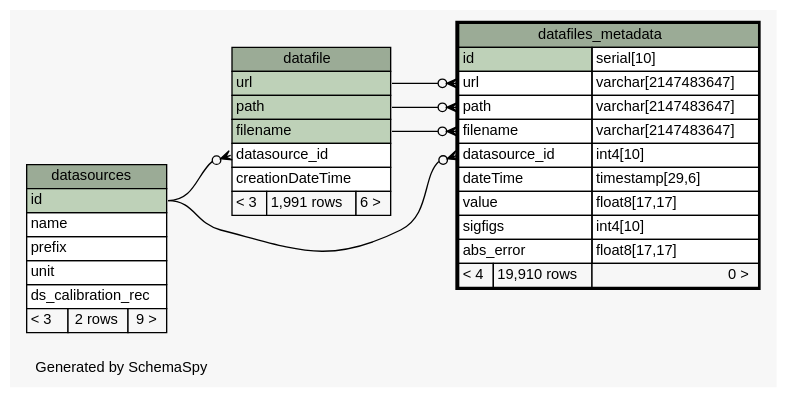
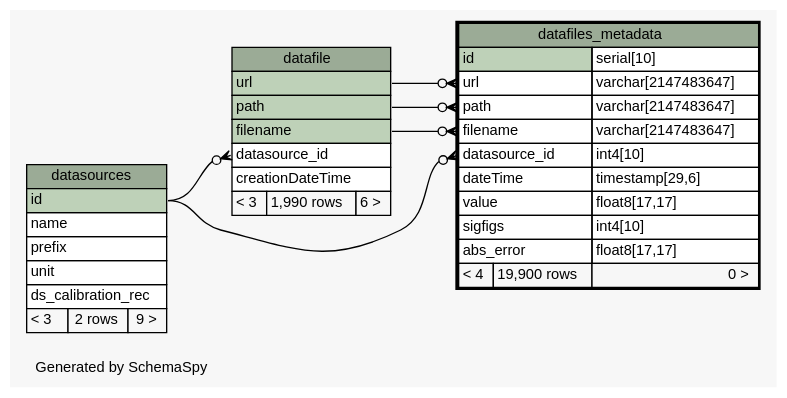
Before and after one commit to tgbugs/mlab: the diagram in database/ss/diagrams/datafiles_metadata.1degree.dot, drawn with Graphviz. The commit also changed 281 other files, not shown here.

```diff
--- a/database/ss/diagrams/datafiles_metadata.1degree.dot
+++ b/database/ss/diagrams/datafiles_metadata.1degree.dot
@@ -1,73 +1,73 @@
-// dot 2.34.0 on Windows 7 6.1
+// dot 2.32.0 on Windows 7 6.1
 // SchemaSpy rev 590
 digraph "oneDegreeRelationshipsDiagram" {
   graph [
     rankdir="RL"
     bgcolor="#f7f7f7"
     label="\nGenerated by SchemaSpy"
     labeljust="l"
     nodesep="0.18"
     ranksep="0.46"
     fontname="Helvetica"
     fontsize="11"
   ];
   node [
     fontname="Helvetica"
     fontsize="11"
     shape="plaintext"
   ];
   edge [
     arrowsize="0.8"
   ];
   "datafile":"datasource_id":w -> "datasources":"id":e [arrowhead=none dir=back arrowtail=crowodot];
   "datafiles_metadata":"datasource_id":w -> "datasources":"id":e [arrowhead=none dir=back arrowtail=crowodot];
   "datafiles_metadata":"filename":w -> "datafile":"filename":e [arrowhead=none dir=back arrowtail=crowodot];
   "datafiles_metadata":"path":w -> "datafile":"path":e [arrowhead=none dir=back arrowtail=crowodot];
   "datafiles_metadata":"url":w -> "datafile":"url":e [arrowhead=none dir=back arrowtail=crowodot];
   "datafile" [
     label=<
     <TABLE BORDER="0" CELLBORDER="1" CELLSPACING="0" BGCOLOR="#ffffff">
       <TR><TD COLSPAN="3" BGCOLOR="#9bab96" ALIGN="CENTER">datafile</TD></TR>
       <TR><TD PORT="url" COLSPAN="3" BGCOLOR="#bed1b8" ALIGN="LEFT">url</TD></TR>
       <TR><TD PORT="path" COLSPAN="3" BGCOLOR="#bed1b8" ALIGN="LEFT">path</TD></TR>
       <TR><TD PORT="filename" COLSPAN="3" BGCOLOR="#bed1b8" ALIGN="LEFT">filename</TD></TR>
       <TR><TD PORT="datasource_id" COLSPAN="3" ALIGN="LEFT">datasource_id</TD></TR>
       <TR><TD PORT="creationDateTime" COLSPAN="3" ALIGN="LEFT">creationDateTime</TD></TR>
-      <TR><TD ALIGN="LEFT" BGCOLOR="#f7f7f7">&lt; 3</TD><TD ALIGN="RIGHT" BGCOLOR="#f7f7f7">1,991 rows</TD><TD ALIGN="RIGHT" BGCOLOR="#f7f7f7">6 &gt;</TD></TR>
+      <TR><TD ALIGN="LEFT" BGCOLOR="#f7f7f7">&lt; 3</TD><TD ALIGN="RIGHT" BGCOLOR="#f7f7f7">1,990 rows</TD><TD ALIGN="RIGHT" BGCOLOR="#f7f7f7">6 &gt;</TD></TR>
     </TABLE>>
     URL="datafile.html"
     tooltip="datafile"
   ];
   "datafiles_metadata" [
     label=<
     <TABLE BORDER="2" CELLBORDER="1" CELLSPACING="0" BGCOLOR="#ffffff">
       <TR><TD COLSPAN="3" BGCOLOR="#9bab96" ALIGN="CENTER">datafiles_metadata</TD></TR>
       <TR><TD PORT="id" COLSPAN="2" BGCOLOR="#bed1b8" ALIGN="LEFT">id</TD><TD PORT="id.type" ALIGN="LEFT">serial[10]</TD></TR>
       <TR><TD PORT="url" COLSPAN="2" ALIGN="LEFT">url</TD><TD PORT="url.type" ALIGN="LEFT">varchar[2147483647]</TD></TR>
       <TR><TD PORT="path" COLSPAN="2" ALIGN="LEFT">path</TD><TD PORT="path.type" ALIGN="LEFT">varchar[2147483647]</TD></TR>
       <TR><TD PORT="filename" COLSPAN="2" ALIGN="LEFT">filename</TD><TD PORT="filename.type" ALIGN="LEFT">varchar[2147483647]</TD></TR>
       <TR><TD PORT="datasource_id" COLSPAN="2" ALIGN="LEFT">datasource_id</TD><TD PORT="datasource_id.type" ALIGN="LEFT">int4[10]</TD></TR>
       <TR><TD PORT="dateTime" COLSPAN="2" ALIGN="LEFT">dateTime</TD><TD PORT="dateTime.type" ALIGN="LEFT">timestamp[29,6]</TD></TR>
       <TR><TD PORT="value" COLSPAN="2" ALIGN="LEFT">value</TD><TD PORT="value.type" ALIGN="LEFT">float8[17,17]</TD></TR>
       <TR><TD PORT="sigfigs" COLSPAN="2" ALIGN="LEFT">sigfigs</TD><TD PORT="sigfigs.type" ALIGN="LEFT">int4[10]</TD></TR>
       <TR><TD PORT="abs_error" COLSPAN="2" ALIGN="LEFT">abs_error</TD><TD PORT="abs_error.type" ALIGN="LEFT">float8[17,17]</TD></TR>
-      <TR><TD ALIGN="LEFT" BGCOLOR="#f7f7f7">&lt; 4</TD><TD ALIGN="RIGHT" BGCOLOR="#f7f7f7">19,910 rows</TD><TD ALIGN="RIGHT" BGCOLOR="#f7f7f7">0 &gt;</TD></TR>
+      <TR><TD ALIGN="LEFT" BGCOLOR="#f7f7f7">&lt; 4</TD><TD ALIGN="RIGHT" BGCOLOR="#f7f7f7">19,900 rows</TD><TD ALIGN="RIGHT" BGCOLOR="#f7f7f7">0 &gt;</TD></TR>
     </TABLE>>
     URL="datafiles_metadata.html"
     tooltip="datafiles_metadata"
   ];
   "datasources" [
     label=<
     <TABLE BORDER="0" CELLBORDER="1" CELLSPACING="0" BGCOLOR="#ffffff">
       <TR><TD COLSPAN="3" BGCOLOR="#9bab96" ALIGN="CENTER">datasources</TD></TR>
       <TR><TD PORT="id" COLSPAN="3" BGCOLOR="#bed1b8" ALIGN="LEFT">id</TD></TR>
       <TR><TD PORT="name" COLSPAN="3" ALIGN="LEFT">name</TD></TR>
       <TR><TD PORT="prefix" COLSPAN="3" ALIGN="LEFT">prefix</TD></TR>
       <TR><TD PORT="unit" COLSPAN="3" ALIGN="LEFT">unit</TD></TR>
       <TR><TD PORT="ds_calibration_rec" COLSPAN="3" ALIGN="LEFT">ds_calibration_rec</TD></TR>
       <TR><TD ALIGN="LEFT" BGCOLOR="#f7f7f7">&lt; 3</TD><TD ALIGN="RIGHT" BGCOLOR="#f7f7f7">2 rows</TD><TD ALIGN="RIGHT" BGCOLOR="#f7f7f7">9 &gt;</TD></TR>
     </TABLE>>
     URL="datasources.html"
     tooltip="datasources"
   ];
 }
```
